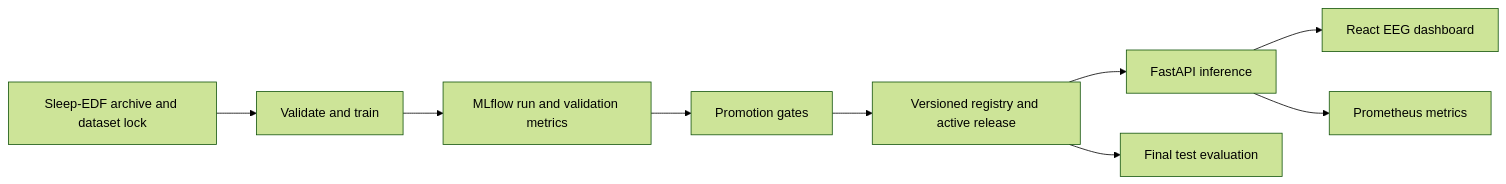
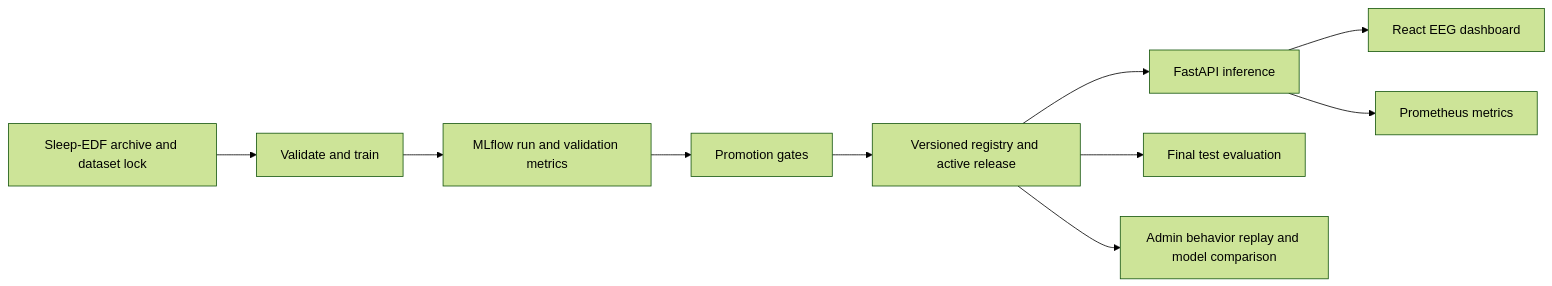
Before and after one commit to adam12bT/deepecg: the diagram in MLOPS.md, drawn with Mermaid (forest theme). The commit also changed other lines of this file and 55 other files, not shown here.

Commit message:
Add stage-aware model review to SleepOps Admin

````diff
--- a/MLOPS.md
+++ b/MLOPS.md
@@ -5,11 +5,12 @@
 ```mermaid
 flowchart LR
     A[Sleep-EDF archive and dataset lock] --> B[Validate and train]
     B --> C[MLflow run and validation metrics]
     C --> D[Promotion gates]
     D --> E[Versioned registry and active release]
     E --> F[FastAPI inference]
     F --> G[React EEG dashboard]
     F --> H[Prometheus metrics]
     E --> I[Final test evaluation]
+    E --> J[Admin behavior replay and model comparison]
 ```
````
